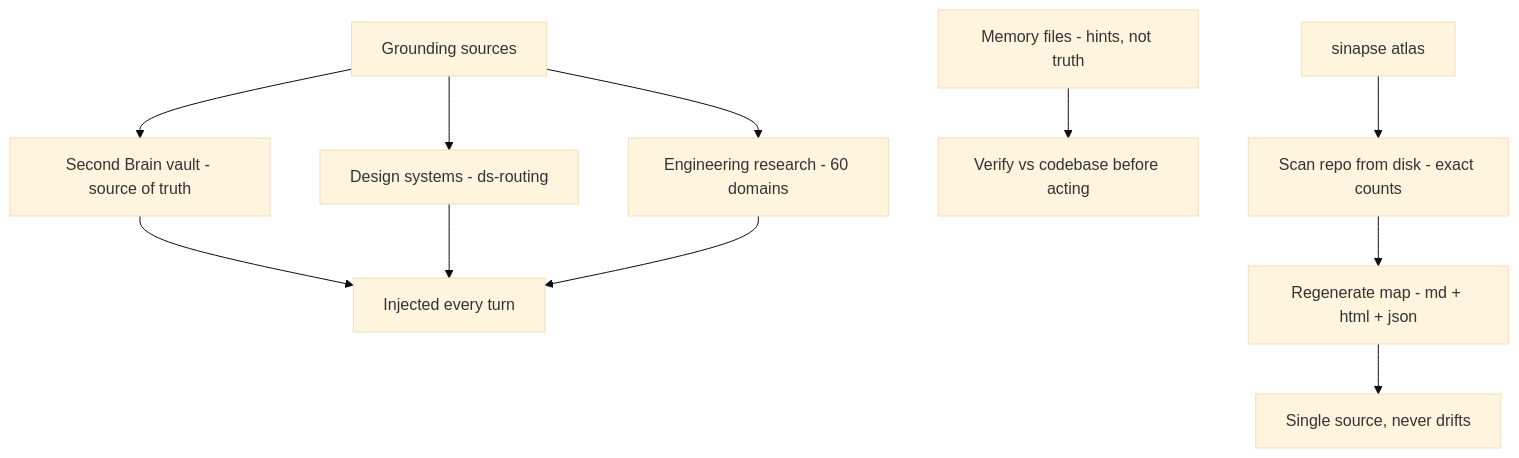
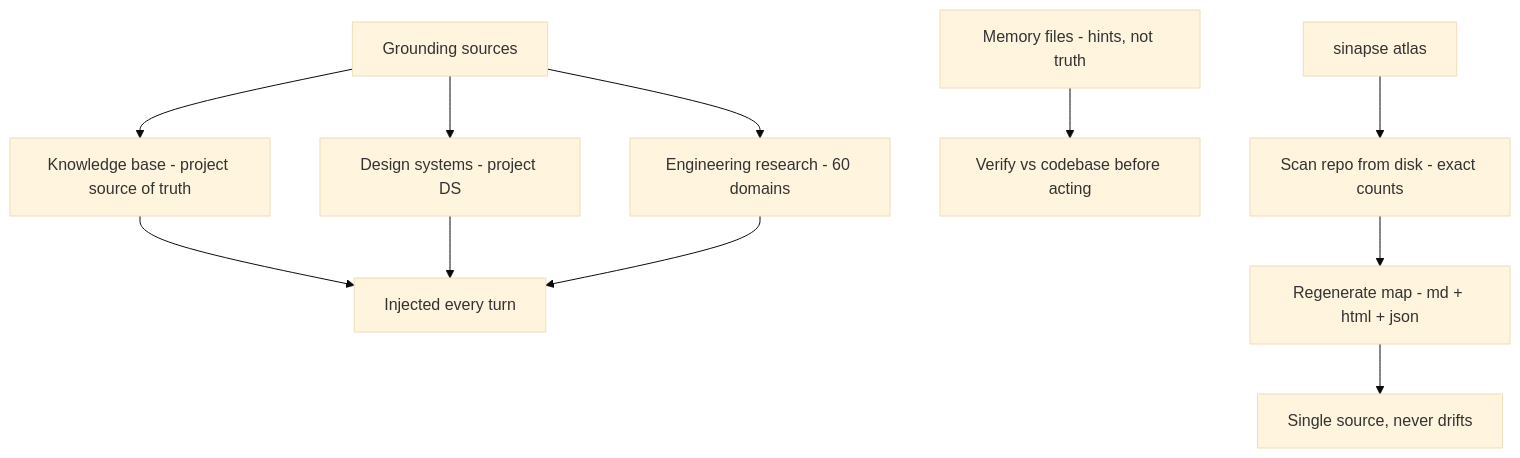
Before and after one commit to caioimori/sinapse-ai: diagram 14 of 14 in docs/framework/atlas/OPERATING-ATLAS.md, drawn with Mermaid (base theme). The commit also changed other lines of this file and 7 other files, not shown here.

````diff
--- a/docs/framework/atlas/OPERATING-ATLAS.md
+++ b/docs/framework/atlas/OPERATING-ATLAS.md
@@ -345,13 +345,13 @@
 ```mermaid
 flowchart TD
-    SRC[Grounding sources] --> VLT[Second Brain vault - source of truth]
-    SRC --> DSY[Design systems - ds-routing]
+    SRC[Grounding sources] --> VLT[Knowledge base - project source of truth]
+    SRC --> DSY[Design systems - project DS]
     SRC --> ENG[Engineering research - 60 domains]
     VLT --> TURN[Injected every turn]
     DSY --> TURN
     ENG --> TURN
     MEM[Memory files - hints, not truth] --> VERIFY[Verify vs codebase before acting]
     ATL[sinapse atlas] --> SCAN[Scan repo from disk - exact counts]
     SCAN --> OUT[Regenerate map - md + html + json]
     OUT --> NODRIFT[Single source, never drifts]
 ```
````
